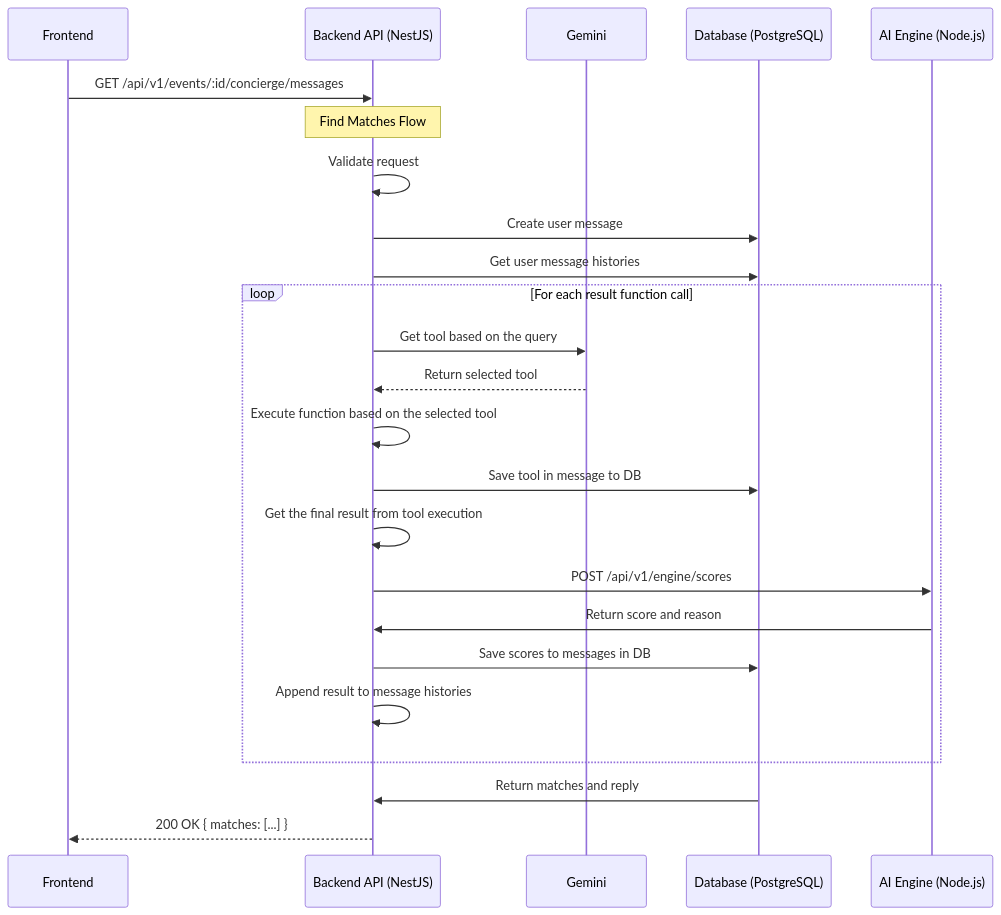
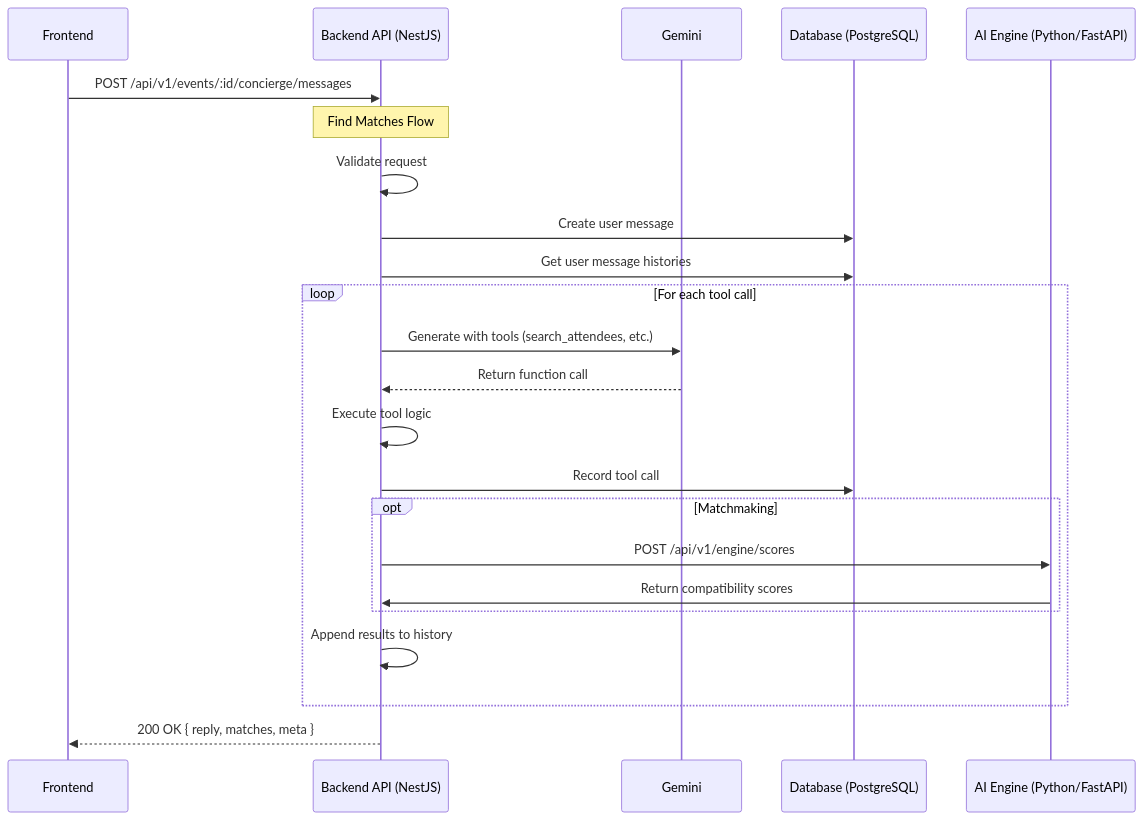
Before and after one commit to putridamayanti/myconnect-ai: the diagram in README.md, drawn with Mermaid. The commit also changed other lines of this file and 19 other files, not shown here.

````diff
--- a/README.md
+++ b/README.md
@@ -3,31 +7,31 @@
 ```mermaid
 sequenceDiagram
     participant Frontend as Frontend
     participant API as Backend API (NestJS)
     participant Gemini as Gemini
     participant DB as Database (PostgreSQL)
-    participant Engine as AI Engine (Node.js)
+    participant Engine as AI Engine (Python/FastAPI)
 
-    Frontend->>API: GET /api/v1/events/:id/concierge/messages
+    Frontend->>API: POST /api/v1/events/:id/concierge/messages
     
     Note over API: Find Matches Flow
     API->>API: Validate request
     API->>DB: Create user message
     API->>DB: Get user message histories
 
-    loop For each result function call
-        API->>Gemini: Get tool based on the query
-        Gemini-->>API: Return selected tool
-        API->>API: Execute function based on the selected tool
-        API->>DB: Save tool in message to DB
-        API->>API: Get the final result from tool execution
-        API->>Engine: POST /api/v1/engine/scores
-        Engine->>API: Return score and reason
-        API->>DB: Save scores to messages in DB
-        API->>API: Append result to message histories
+    loop For each tool call
+        API->>Gemini: Generate with tools (search_attendees, etc.)
+        Gemini-->>API: Return function call
+        API->>API: Execute tool logic
+        API->>DB: Record tool call
+        
+        opt Matchmaking
+            API->>Engine: POST /api/v1/engine/scores
+            Engine->>API: Return compatibility scores
+        end
+        
+        API->>API: Append results to history
     end
     
-    DB->>API: Return matches and reply
-    
-    API-->>Frontend: 200 OK { matches: [...] }
+    API-->>Frontend: 200 OK { reply, matches, meta }
 ```
````
